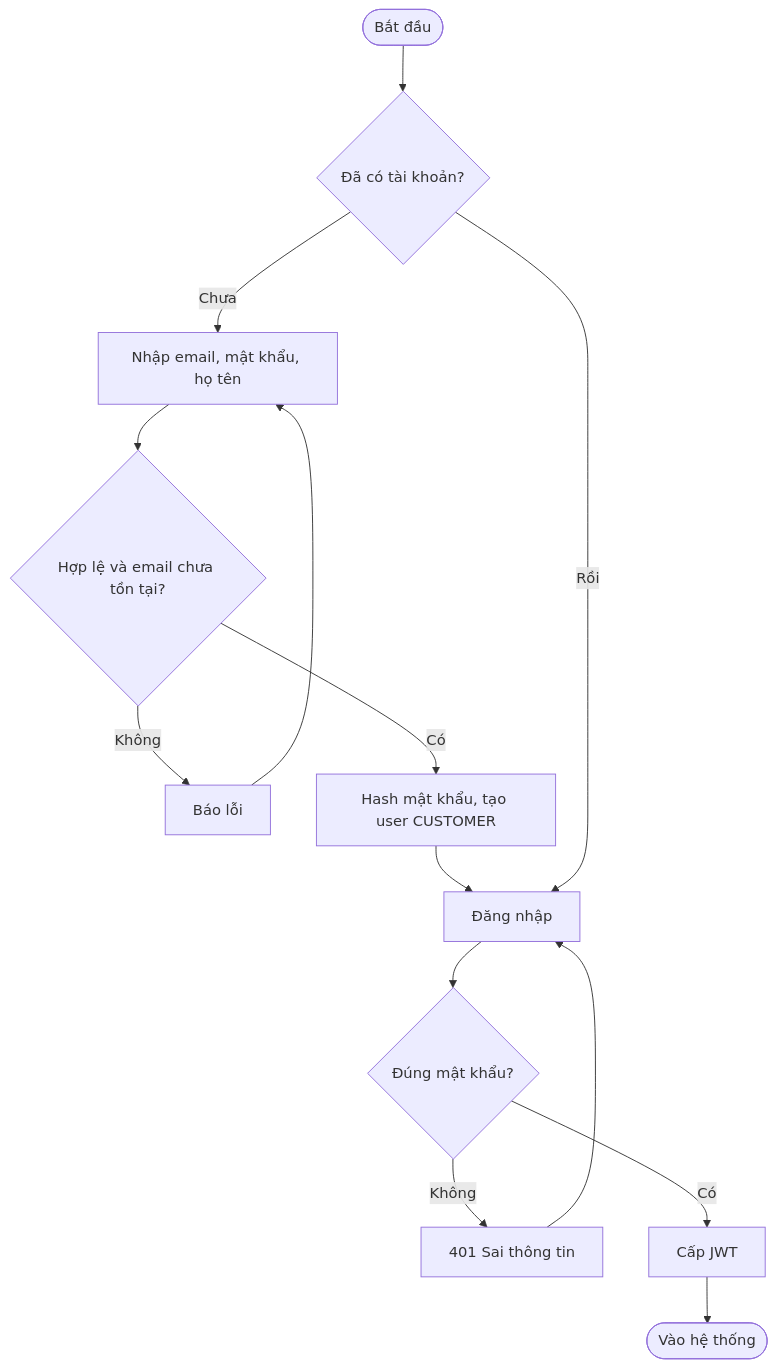
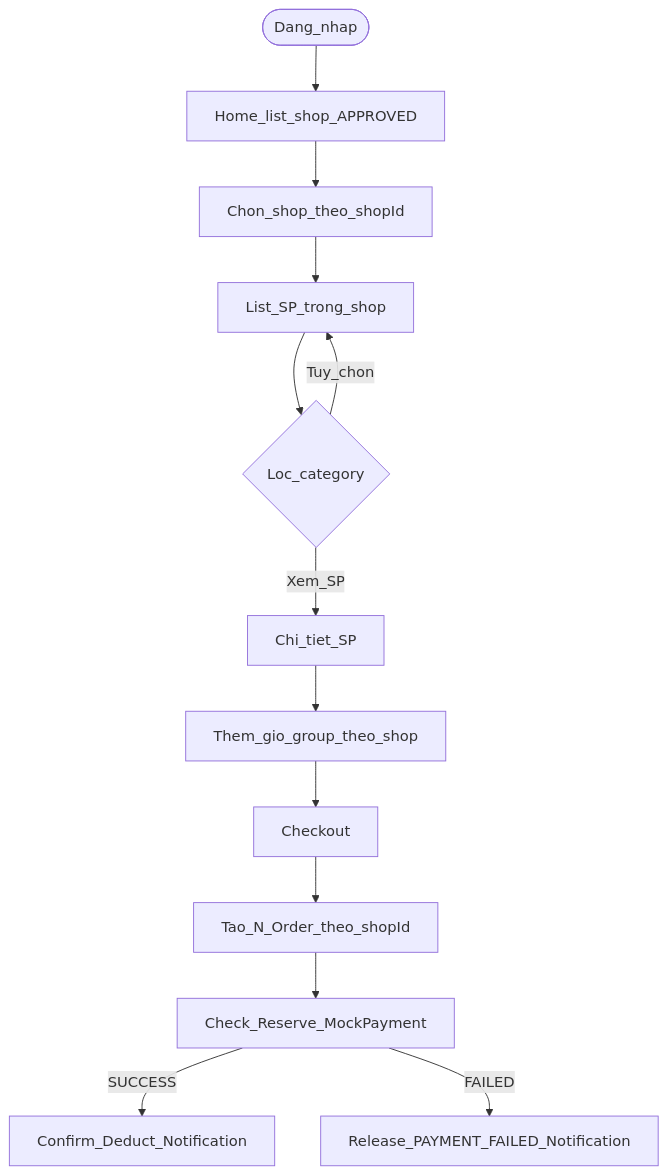
One commit to trinhvanhai1994/GTVT_ecommerce changed the second of 16 diagrams in BAO-CAO-DO-AN.md. Above: the diagram before and after it, drawn with Mermaid. The commit also changed other lines of this file and 99 other files, not shown here.

````diff
--- a/BAO-CAO-DO-AN.md
+++ b/BAO-CAO-DO-AN.md
@@ -169,16 +181,15 @@
 ```mermaid
 flowchart TD
-  A([Bắt đầu]) --> B{Đã có tài khoản?}
-  B -->|Chưa| C[Nhập email, mật khẩu, họ tên]
-  C --> D{Hợp lệ và email chưa tồn tại?}
-  D -->|Không| E[Báo lỗi]
-  E --> C
-  D -->|Có| F[Hash mật khẩu, tạo user CUSTOMER]
-  F --> G[Đăng nhập]
-  B -->|Rồi| G
-  G --> H{Đúng mật khẩu?}
-  H -->|Không| I[401 Sai thông tin]
-  I --> G
-  H -->|Có| J[Cấp JWT]
-  J --> K([Vào hệ thống])
+  login([Dang_nhap]) --> home[Home_list_shop_APPROVED]
+  home --> pickShop[Chon_shop_theo_shopId]
+  pickShop --> listProd[List_SP_trong_shop]
+  listProd --> filterCat{Loc_category}
+  filterCat -->|Tuy_chon| listProd
+  filterCat -->|Xem_SP| pdp[Chi_tiet_SP]
+  pdp --> cart[Them_gio_group_theo_shop]
+  cart --> checkout[Checkout]
+  checkout --> split[Tao_N_Order_theo_shopId]
+  split --> saga[Check_Reserve_MockPayment]
+  saga -->|SUCCESS| ok[Confirm_Deduct_Notification]
+  saga -->|FAILED| fail[Release_PAYMENT_FAILED_Notification]
 ```
````
